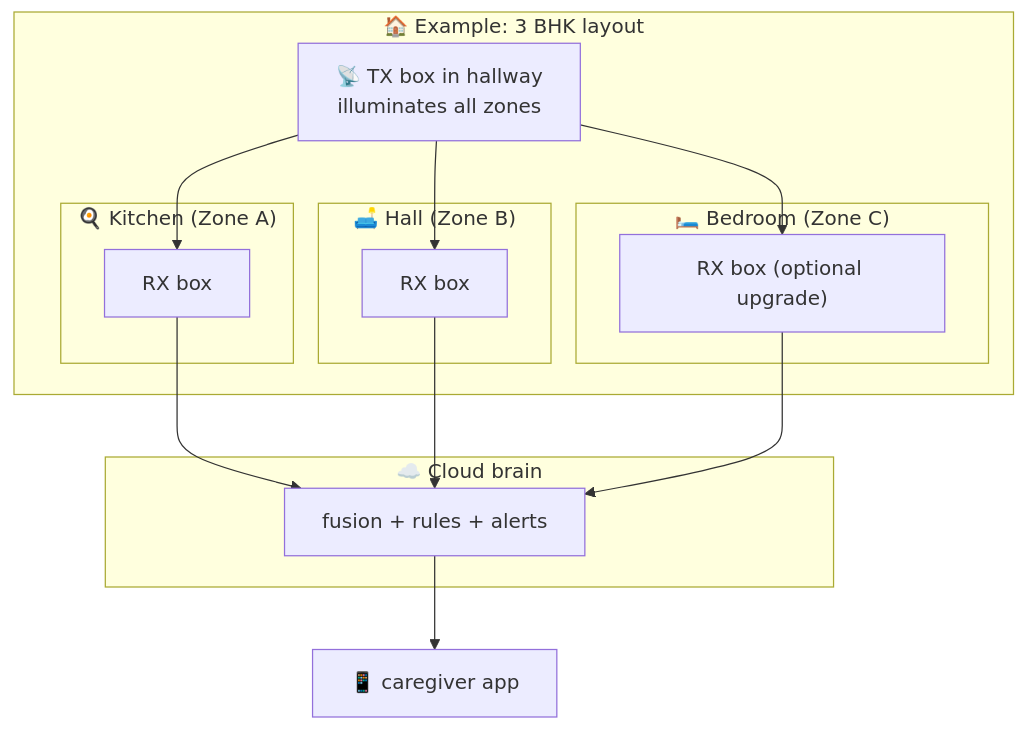
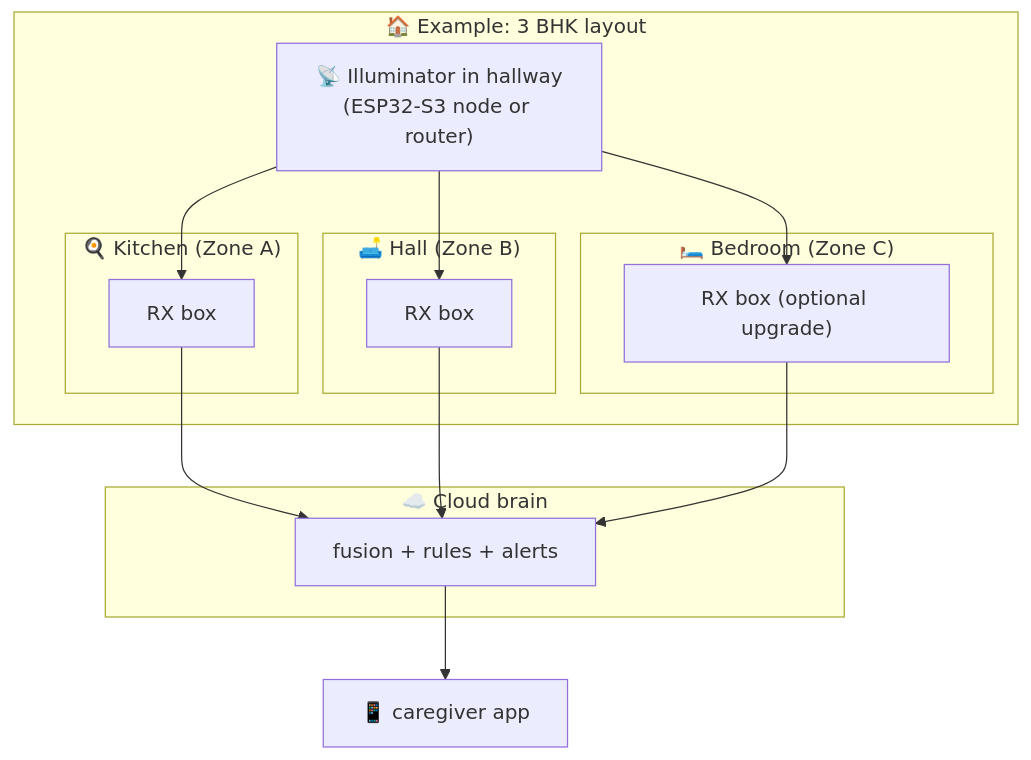
The third of 5 diagrams in PROJECT_BRIEF.md (patchyevolve/wallsight), drawn with Mermaid before and after one commit. The commit also changed other lines of this file and 5 other files, not shown here.

````diff
--- a/PROJECT_BRIEF.md
+++ b/PROJECT_BRIEF.md
@@ -179,25 +180,25 @@
 ```mermaid
 flowchart TB
     subgraph house["🏠 Example: 3 BHK layout"]
         subgraph kit["🍳 Kitchen (Zone A)"]
             RXK["RX box"]
         end
         subgraph hall["🛋️ Hall (Zone B)"]
             RXH["RX box"]
         end
         subgraph br["🛏️ Bedroom (Zone C)"]
             RXB["RX box (optional upgrade)"]
         end
-        TXC["📡 TX box in hallway<br/>illuminates all zones"]
+        TXC["📡 Illuminator in hallway<br/>(ESP32-S3 node or router)"]
     end
     TXC --> RXK
     TXC --> RXH
     TXC --> RXB
     subgraph cloud2["☁️ Cloud brain"]
         C["fusion + rules + alerts"]
     end
     RXK --> C
     RXH --> C
     RXB --> C
     C --> PH2["📱 caregiver app"]
 ```
````
